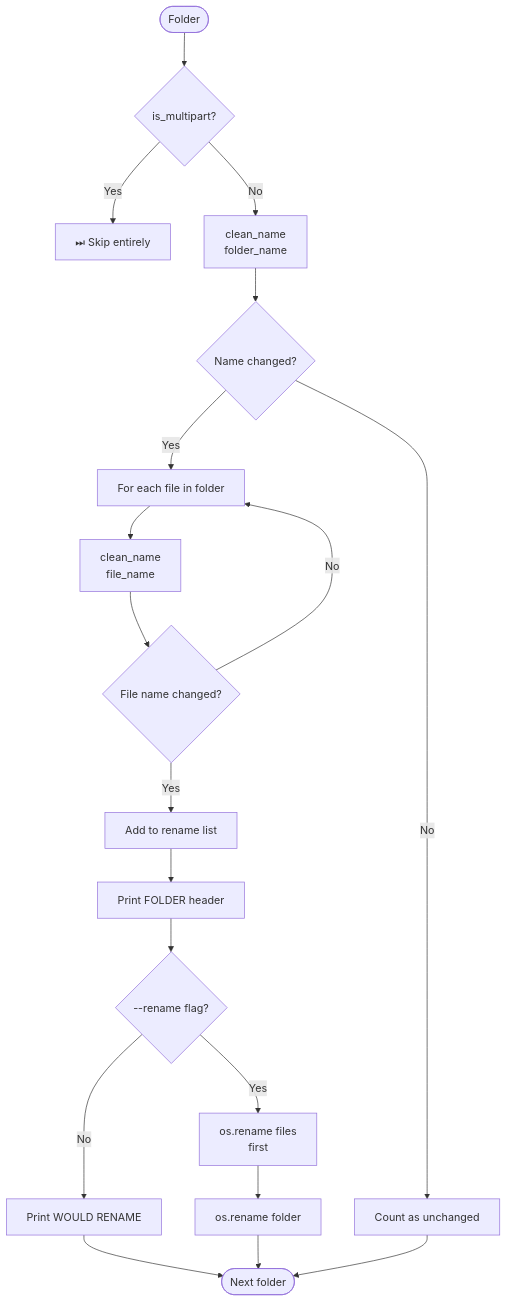
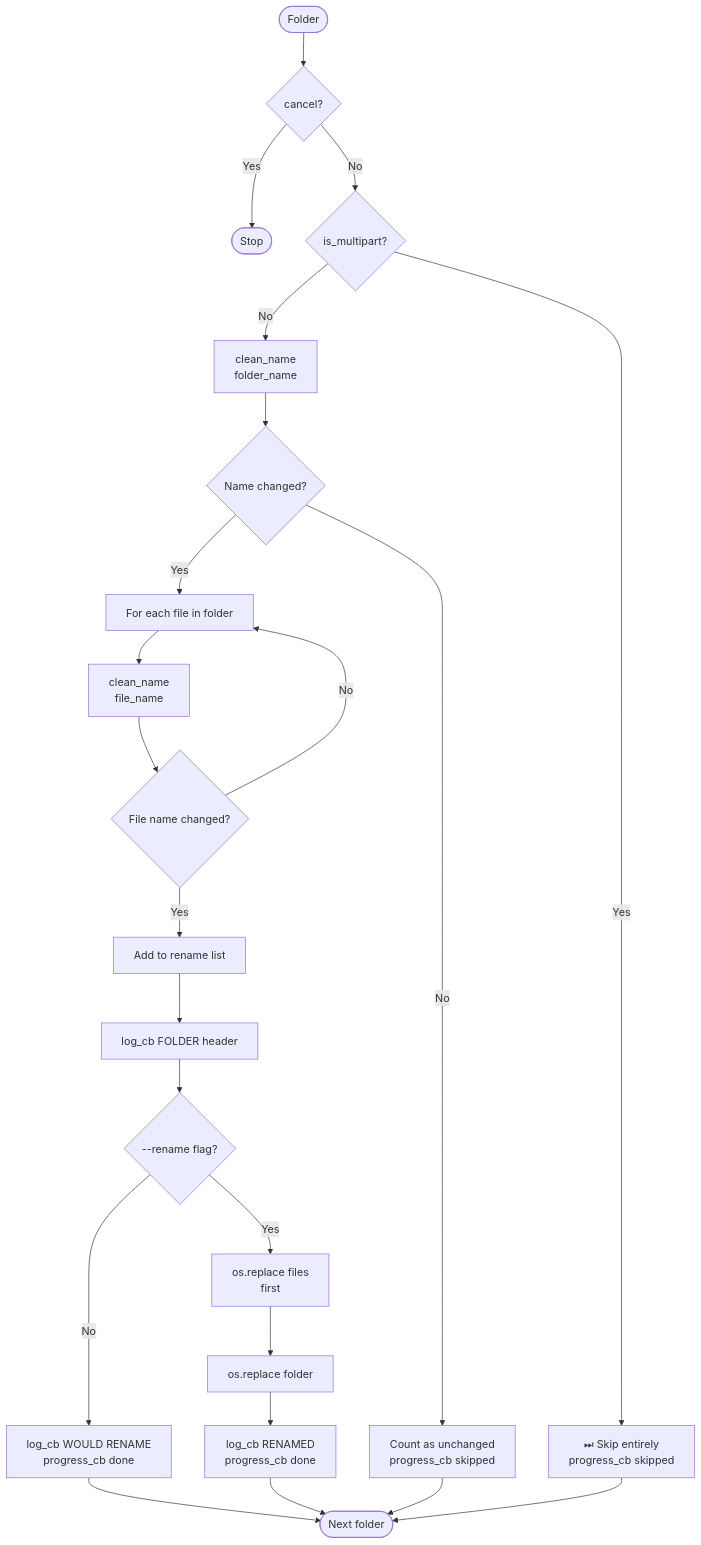
Before and after one commit to roto31/Plex-NFO-creator-and-Poster-Art-creator: diagram 15 of 17 in docs/diagrams.md, drawn with Mermaid. The commit also changed other lines of this file and 14 other files, not shown here.

````diff
--- a/docs/diagrams.md
+++ b/docs/diagrams.md
@@ -234,21 +400,24 @@
 ```mermaid
 flowchart TD
-    A([Folder]) --> B{is_multipart?}
-    B -- Yes --> C[⏭ Skip entirely]
+    A([Folder]) --> CA{cancel?}
+    CA -- Yes --> Z([Stop])
+    CA -- No --> B{is_multipart?}
+    B -- Yes --> C[⏭ Skip entirely\nprogress_cb skipped]
     B -- No --> D[clean_name\nfolder_name]
     D --> E{Name changed?}
-    E -- No --> F[Count as unchanged]
+    E -- No --> F[Count as unchanged\nprogress_cb skipped]
     E -- Yes --> G[For each file in folder]
     G --> H[clean_name\nfile_name]
     H --> I{File name changed?}
     I -- Yes --> J[Add to rename list]
     I -- No --> G
-    J --> K[Print FOLDER header]
+    J --> K[log_cb FOLDER header]
     K --> L{--rename flag?}
-    L -- No --> M[Print WOULD RENAME]
-    L -- Yes --> N[os.rename files\nfirst]
-    N --> O[os.rename folder]
-    M --> P([Next folder])
-    O --> P
-    F --> P
+    L -- No --> M[log_cb WOULD RENAME\nprogress_cb done]
+    L -- Yes --> N[os.replace files\nfirst]
+    N --> O[os.replace folder]
+    O --> P[log_cb RENAMED\nprogress_cb done]
+    M & P --> Q([Next folder])
+    F --> Q
+    C --> Q
 ```
````
